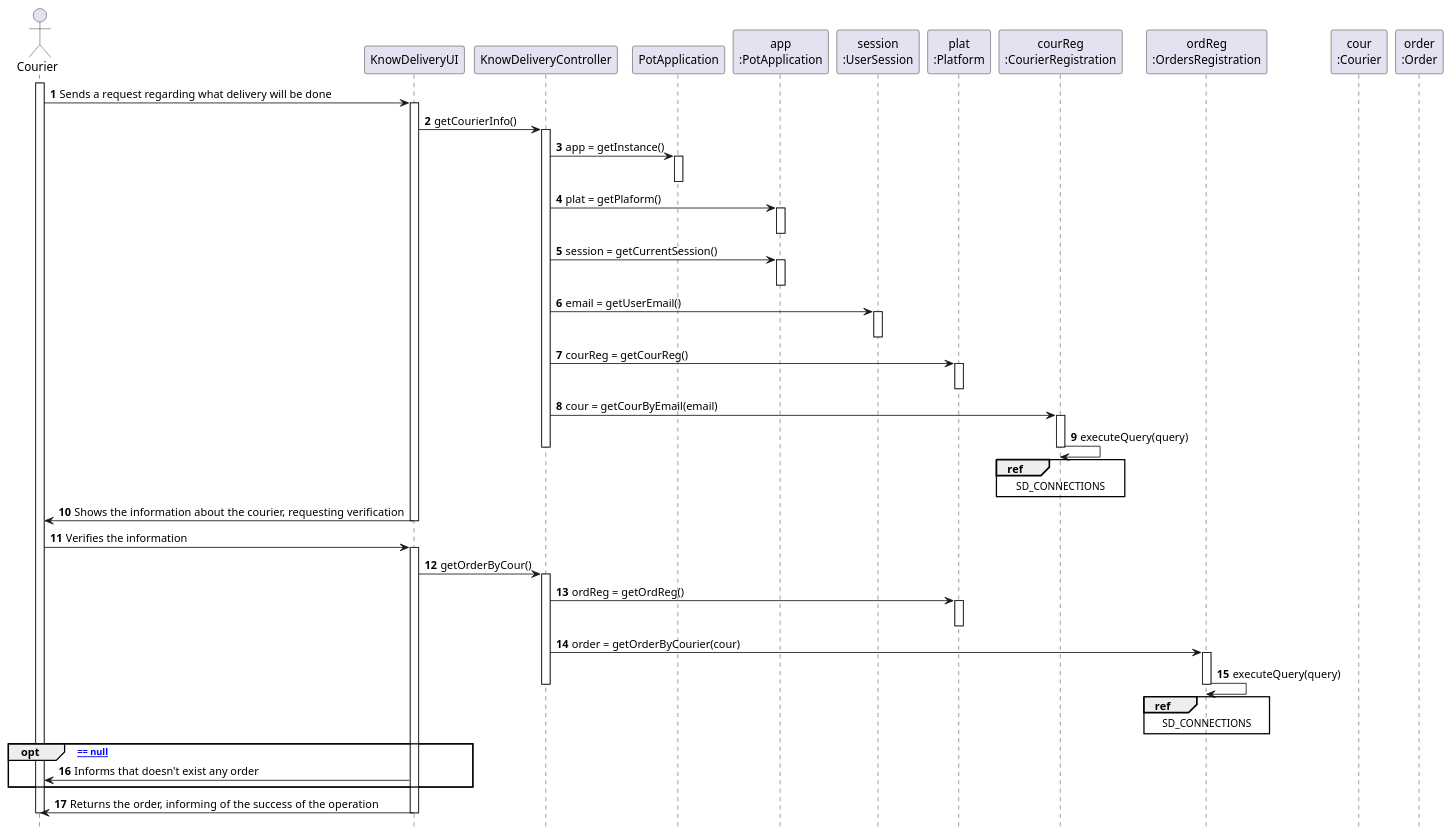
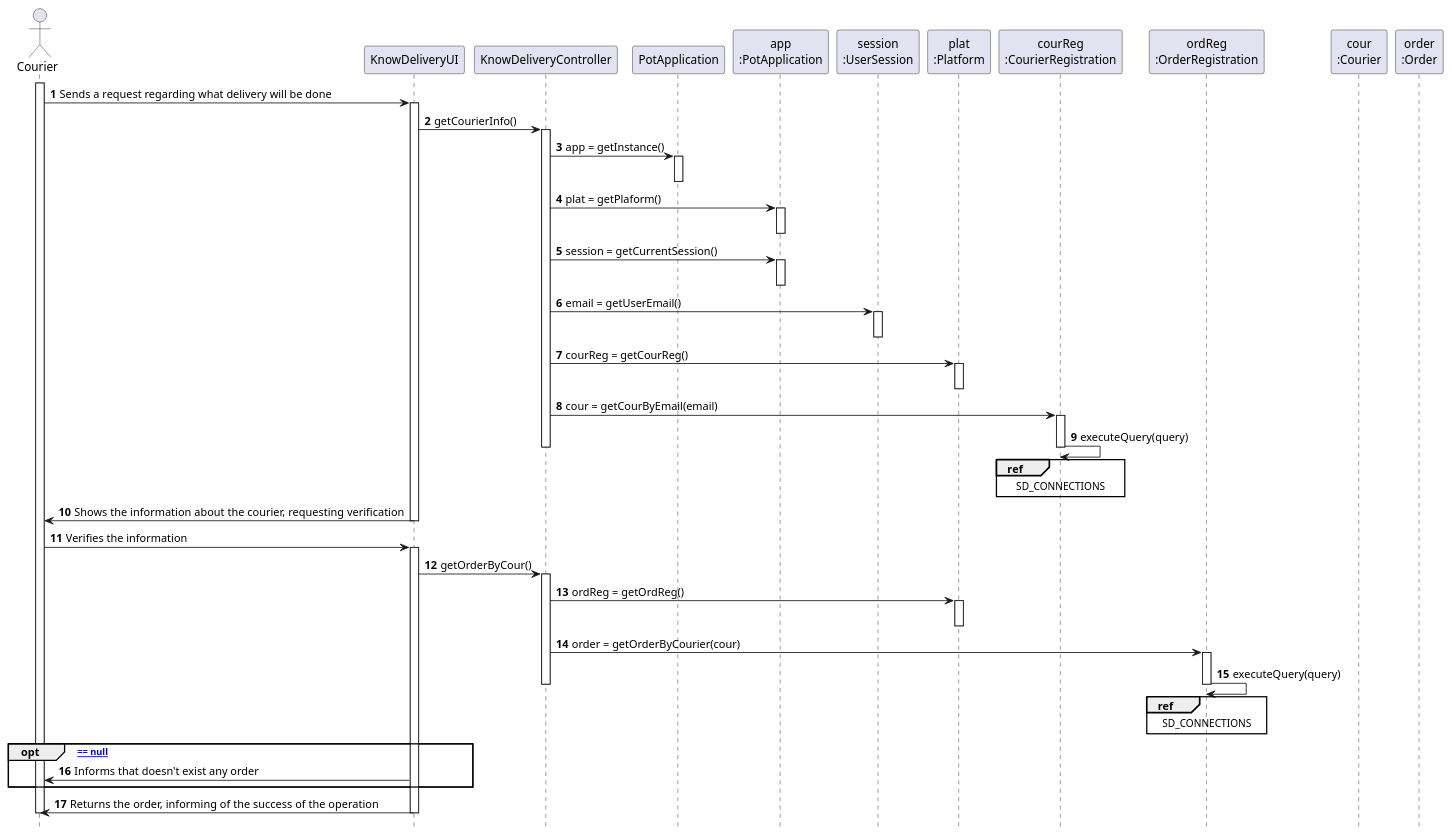
The diagram in docs/Iteration 1/Delivery Management/US48_KnowDelivery/US48_SD.puml (tiagoavcosta25/LAPR3), drawn with PlantUML before and after one commit. The commit also changed 15 other files, not shown here.

Commit message:
LAPR2AP2-48 #fixing SD [Design] LAPR2AP2-23 #developing Creation of the classes needed for the path algorithm and import of the Graph classes.[Implementation]

```diff
--- a/docs/Iteration 1/Delivery Management/US48_KnowDelivery/US48_SD.puml
+++ b/docs/Iteration 1/Delivery Management/US48_KnowDelivery/US48_SD.puml
@@ -1,70 +1,70 @@
 @startuml
 autonumber
 hide footbox
 
 actor "Courier" as COUR
 
 participant "KnowDeliveryUI" as UI
 participant "KnowDeliveryController" as CTRL
 participant "PotApplication" as _APP
 participant "app\n:PotApplication" as APP
 participant "session\n:UserSession" as SESSION
 participant "plat\n:Platform" as PLAT
 participant "courReg\n:CourierRegistration" as COURREG
-participant "ordReg\n:OrdersRegistration" as ORDREG
+participant "ordReg\n:OrderRegistration" as ORDREG
 participant "cour\n:Courier" as C
 participant "order\n:Order" as O
 
 activate COUR
 
 COUR -> UI : Sends a request regarding what delivery will be done
 activate UI
 UI -> CTRL : getCourierInfo()
 activate CTRL
 CTRL -> _APP: app = getInstance()
 activate _APP
 deactivate _APP
 
 CTRL -> APP: plat = getPlaform()
 activate APP
 deactivate APP
 
 CTRL -> APP: session = getCurrentSession()
 activate APP
 deactivate APP
 
 CTRL -> SESSION: email = getUserEmail()
 activate SESSION
 deactivate SESSION
 CTRL -> PLAT : courReg = getCourReg()
 activate PLAT
 deactivate PLAT
 CTRL -> COURREG : cour = getCourByEmail(email)
 activate COURREG
 COURREG -> COURREG : executeQuery(query)
 ref over COURREG : SD_CONNECTIONS
 deactivate COURREG
 deactivate CTRL
 UI -> COUR : Shows the information about the courier, requesting verification
 deactivate UI
 COUR -> UI : Verifies the information
 activate UI
 UI -> CTRL : getOrderByCour()
 activate CTRL
 CTRL -> PLAT : ordReg = getOrdReg()
 activate PLAT
 deactivate PLAT
 CTRL -> ORDREG : order = getOrderByCourier(cour)
 activate ORDREG
 ORDREG -> ORDREG : executeQuery(query)
 ref over ORDREG : SD_CONNECTIONS
 deactivate ORDREG
 deactivate CTRL
 opt [ order == null]
 UI -> COUR : Informs that doesn't exist any order
 end opt
 UI -> COUR : Returns the order, informing of the success of the operation
 deactivate UI
 deactivate COUR
 
 @enduml
```
